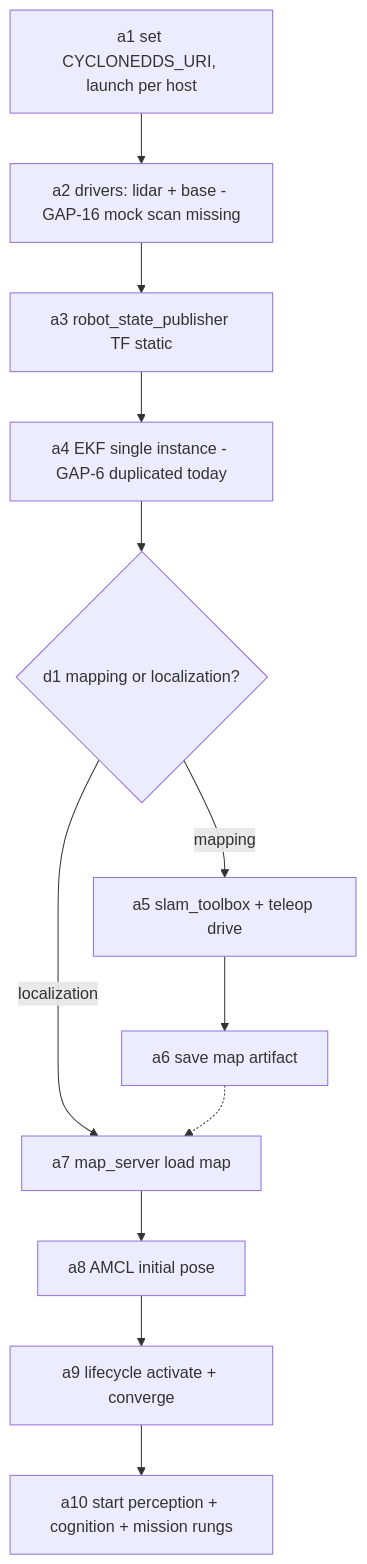
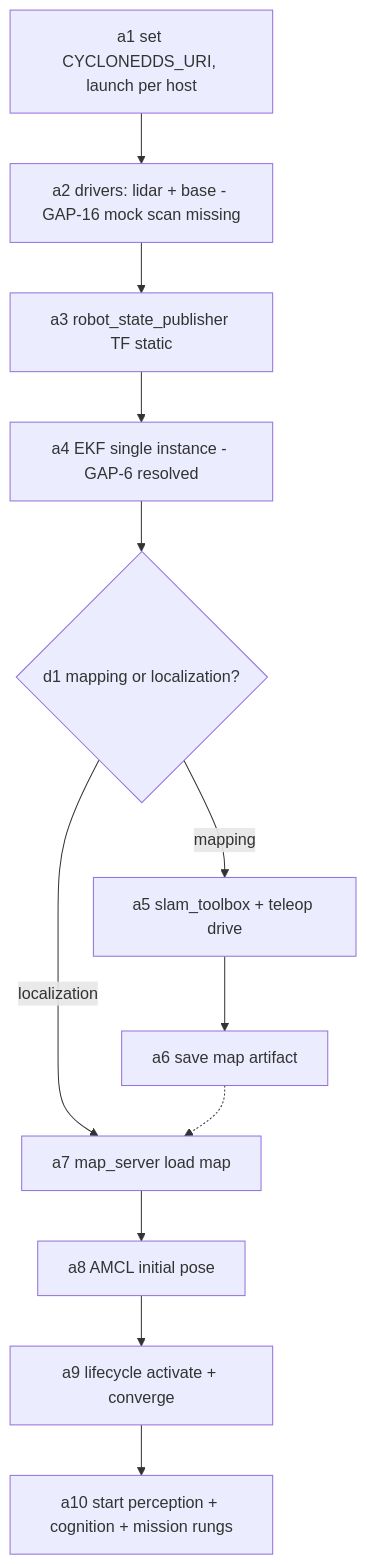
Diagram 14 of 14 in docs/md/MBSE_SYSTEM_DECOMPOSITION.md (sean-mackenzie/billie-bot-claude), drawn with Mermaid before and after one commit. The commit also changed other lines of this file and 7 other files, not shown here.

````diff
--- a/docs/md/MBSE_SYSTEM_DECOMPOSITION.md
+++ b/docs/md/MBSE_SYSTEM_DECOMPOSITION.md
@@ -993,11 +993,11 @@
 ```mermaid
 flowchart TD
     A1["a1 set CYCLONEDDS_URI, launch per host"] --> A2["a2 drivers: lidar + base - GAP-16 mock scan missing"]
     A2 --> A3["a3 robot_state_publisher TF static"]
-    A3 --> A4["a4 EKF single instance - GAP-6 duplicated today"]
+    A3 --> A4["a4 EKF single instance - GAP-6 resolved"]
     A4 --> D1{"d1 mapping or localization?"}
     D1 -- mapping --> A5["a5 slam_toolbox + teleop drive"] --> A6["a6 save map artifact"]
     D1 -- localization --> A7["a7 map_server load map"] --> A8["a8 AMCL initial pose"] --> A9["a9 lifecycle activate + converge"]
     A6 -.-> A7
     A9 --> A10["a10 start perception + cognition + mission rungs"]
 ```
````
